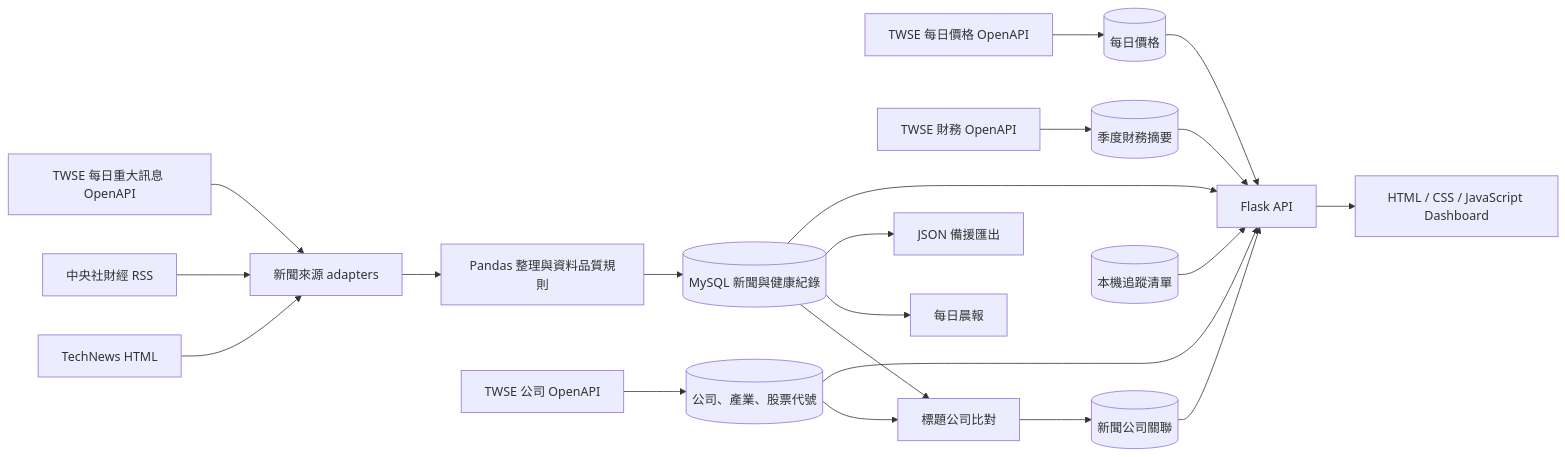
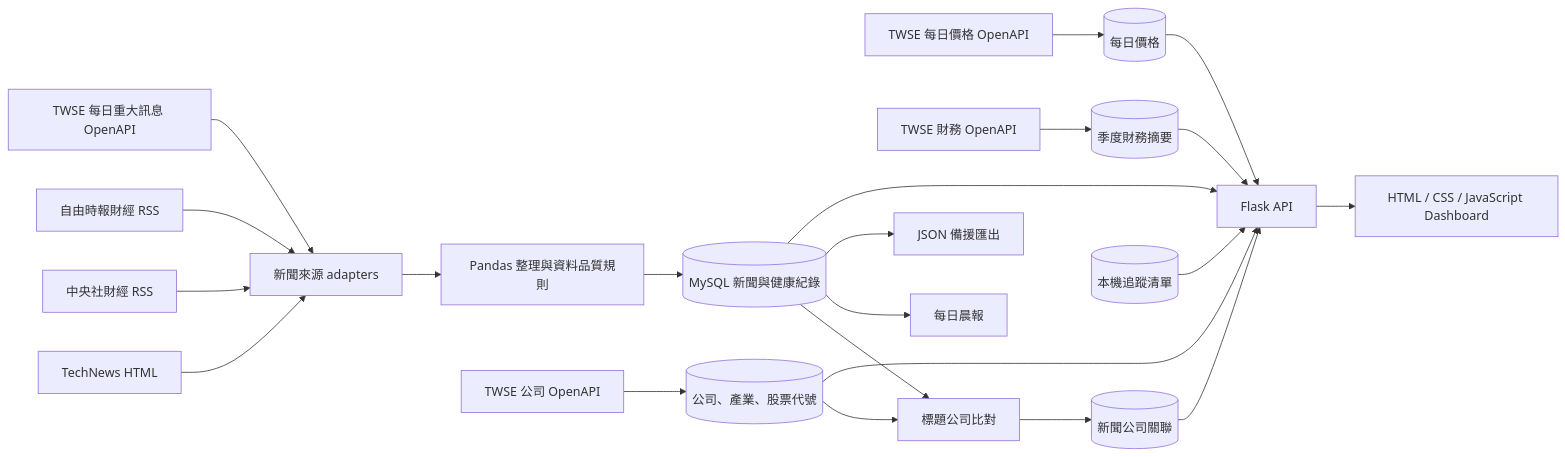
One commit to OllieHu12304/Morning-Alpha changed the diagram in README.md. Above: the diagram before and after it, drawn with Mermaid. The commit also changed other lines of this file and 10 other files, not shown here.

````diff
--- a/README.md
+++ b/README.md
@@ -33,26 +34,27 @@
 ```mermaid
 flowchart LR
     A["TechNews HTML"] --> C["新聞來源 adapters"]
     B["中央社財經 RSS"] --> C
+    V["自由時報財經 RSS"] --> C
     S["TWSE 每日重大訊息 OpenAPI"] --> C
     C --> D["Pandas 整理與資料品質規則"]
     D --> E[("MySQL 新聞與健康紀錄")]
 
     F["TWSE 公司 OpenAPI"] --> G[("公司、產業、股票代號")]
     H["TWSE 每日價格 OpenAPI"] --> I[("每日價格")]
     J["TWSE 財務 OpenAPI"] --> K[("季度財務摘要")]
 
     E --> L["標題公司比對"]
     G --> L
     L --> M[("新聞公司關聯")]
 
     E --> N["每日晨報"]
     E --> O["JSON 備援匯出"]
     E --> P["Flask API"]
     G --> P
     I --> P
     K --> P
     M --> P
     Q[("本機追蹤清單")] --> P
     P --> R["HTML / CSS / JavaScript Dashboard"]
 ```
````
